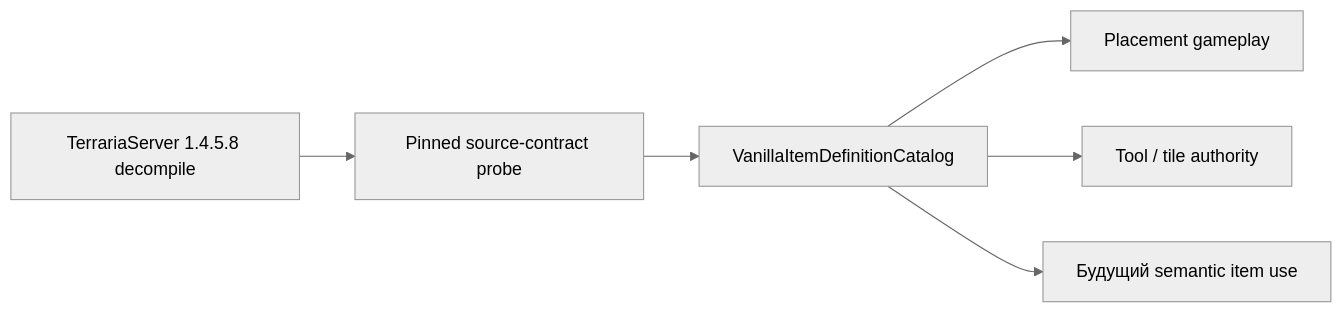
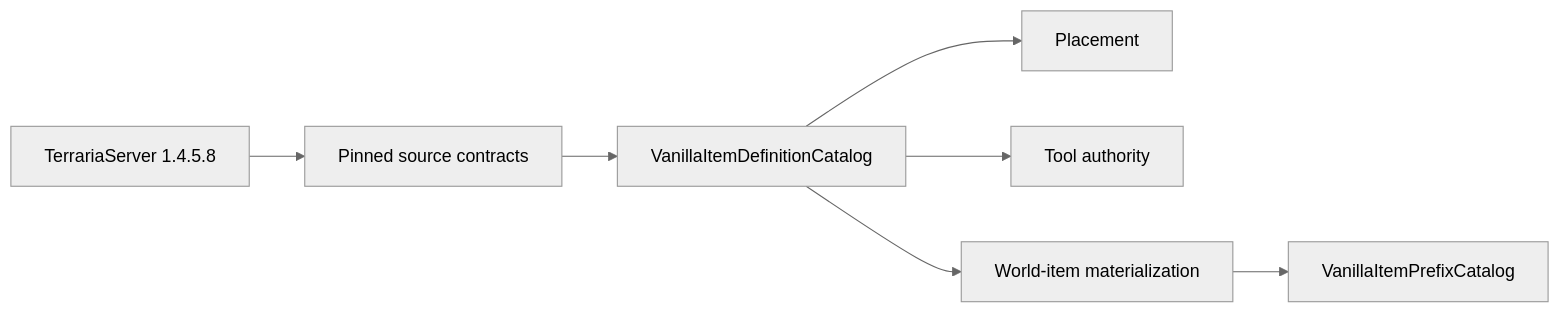
One commit to VegaKernel/TerraRuntime changed the diagram in docs/ru/item-definitions.md. Above: the diagram before and after it, drawn with Mermaid (neutral theme). The commit also changed other lines of this file and 13 other files, not shown here.

First line of the commit message:
Gameplay: materialize Blue Slime loot with vanilla RNG ordering

````diff
--- a/docs/ru/item-definitions.md
+++ b/docs/ru/item-definitions.md
@@ -9,8 +7,9 @@
 ```mermaid
 flowchart LR
-    Source["TerrariaServer 1.4.5.8 decompile"] --> Probe["Pinned source-contract probe"]
+    Source["TerrariaServer 1.4.5.8"] --> Probe["Pinned source contracts"]
     Probe --> Catalog["VanillaItemDefinitionCatalog"]
-    Catalog --> Placement["Placement gameplay"]
-    Catalog --> Tools["Tool / tile authority"]
-    Catalog --> Use["Будущий semantic item use"]
+    Catalog --> Placement["Placement"]
+    Catalog --> Tools["Tool authority"]
+    Catalog --> WorldDrop["World-item materialization"]
+    WorldDrop --> Prefixes["VanillaItemPrefixCatalog"]
 ```
````
